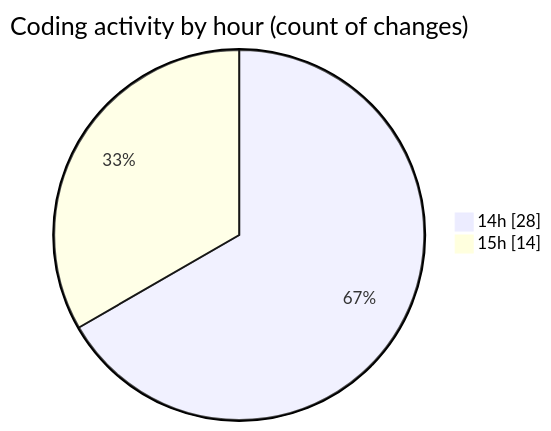
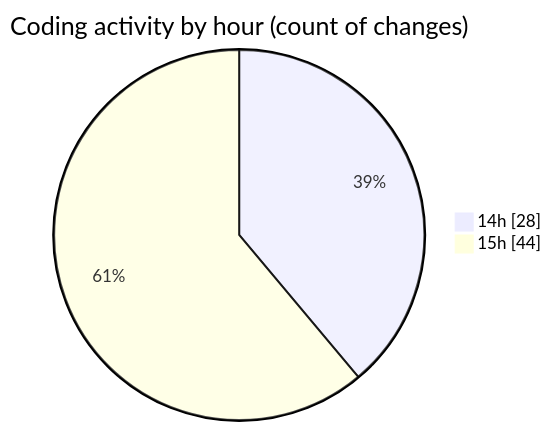
One commit to Ritupan-Deka/code-tracking changed the second of 2 diagrams in 2025-07-01/urlwebwalatask/README.md. Above: the diagram before and after it, drawn with Mermaid. The commit also changed other lines of this file and 1 other file, not shown here.

````diff
--- a/2025-07-01/urlwebwalatask/README.md
+++ b/2025-07-01/urlwebwalatask/README.md
@@ -40,6 +43,6 @@
 ```mermaid
 pie showData
 title Coding activity by hour (count of changes)
 "14h" : 28
-"15h" : 14
+"15h" : 44
 ```
````
